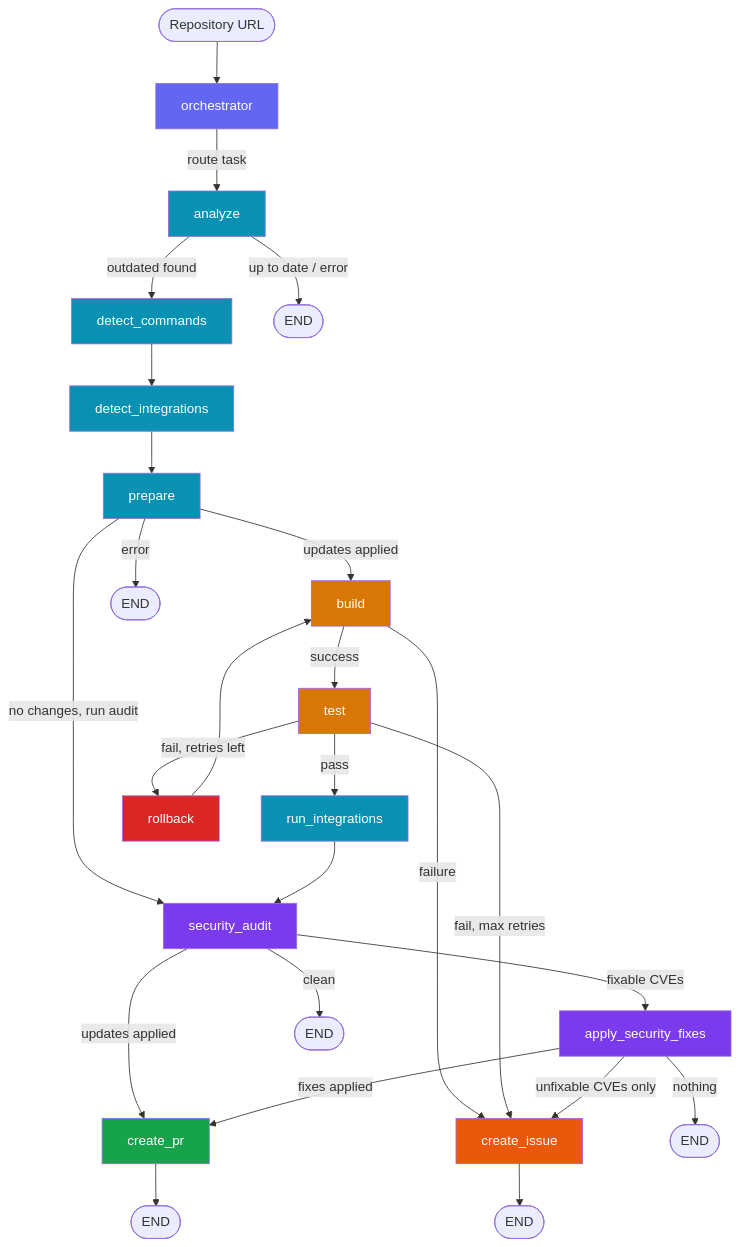
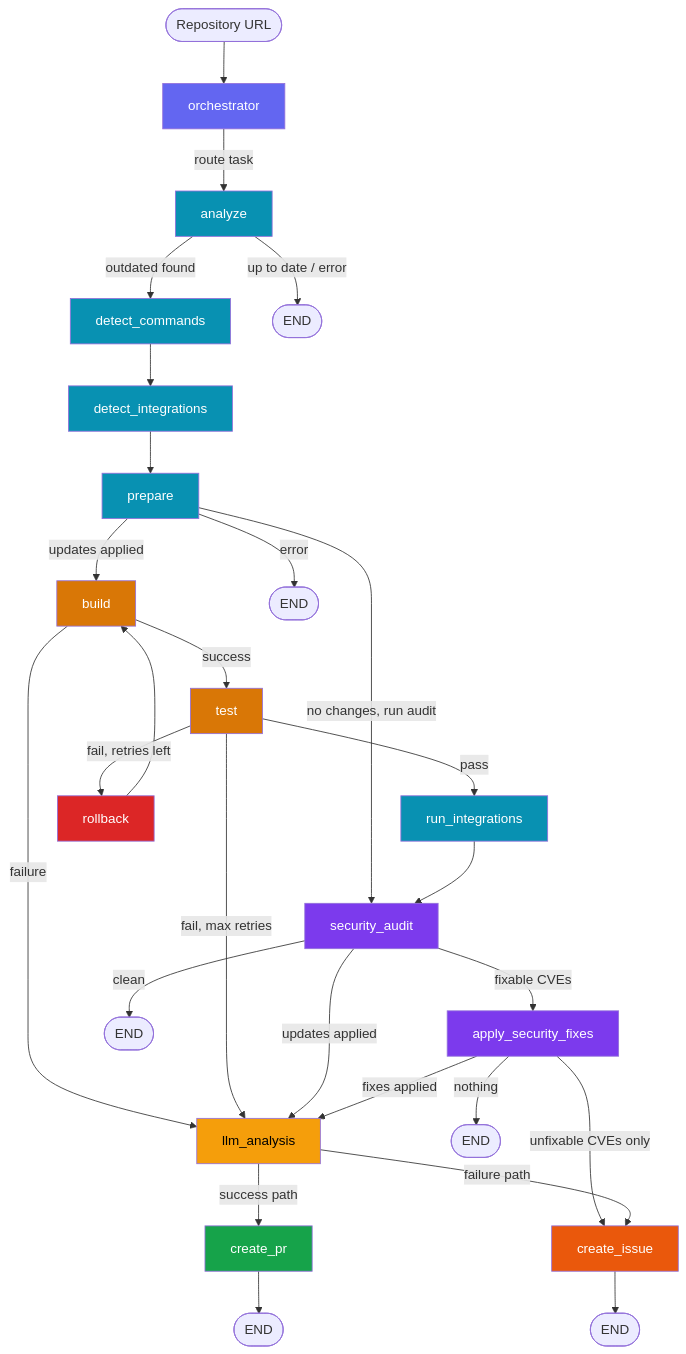
Before and after one commit to ortelius/pdvd-aiops: the diagram in README.md, drawn with Mermaid. The commit also changed other lines of this file, not shown here.

````diff
--- a/README.md
+++ b/README.md
@@ -7,51 +139,55 @@
 ```mermaid
 graph TD
     START([Repository URL]) --> orchestrator
 
     orchestrator -->|route task| analyze
     analyze -->|outdated found| detect_commands
     analyze -->|up to date / error| END_A([END])
 
     detect_commands --> detect_integrations
     detect_integrations --> prepare
 
     prepare -->|updates applied| build
     prepare -->|no changes, run audit| security_audit
     prepare -->|error| END_B([END])
 
     build -->|success| test
-    build -->|failure| create_issue
+    build -->|failure| llm_analysis
 
     test -->|pass| run_integrations
     test -->|fail, retries left| rollback
-    test -->|fail, max retries| create_issue
+    test -->|fail, max retries| llm_analysis
 
     rollback --> build
 
     run_integrations --> security_audit
 
-    security_audit -->|updates applied| create_pr
+    security_audit -->|updates applied| llm_analysis
     security_audit -->|fixable CVEs| apply_security_fixes
     security_audit -->|clean| END_C([END])
 
-    apply_security_fixes -->|fixes applied| create_pr
+    apply_security_fixes -->|fixes applied| llm_analysis
     apply_security_fixes -->|unfixable CVEs only| create_issue
     apply_security_fixes -->|nothing| END_D([END])
+
+    llm_analysis -->|success path| create_pr
+    llm_analysis -->|failure path| create_issue
 
     create_pr --> END_E([END])
     create_issue --> END_F([END])
 
     style orchestrator fill:#6366f1,color:#fff
     style analyze fill:#0891b2,color:#fff
     style detect_commands fill:#0891b2,color:#fff
     style detect_integrations fill:#0891b2,color:#fff
     style prepare fill:#0891b2,color:#fff
     style build fill:#d97706,color:#fff
     style test fill:#d97706,color:#fff
     style rollback fill:#dc2626,color:#fff
     style run_integrations fill:#0891b2,color:#fff
     style security_audit fill:#7c3aed,color:#fff
     style apply_security_fixes fill:#7c3aed,color:#fff
+    style llm_analysis fill:#f59e0b,color:#000
     style create_pr fill:#16a34a,color:#fff
     style create_issue fill:#ea580c,color:#fff
 ```
````
